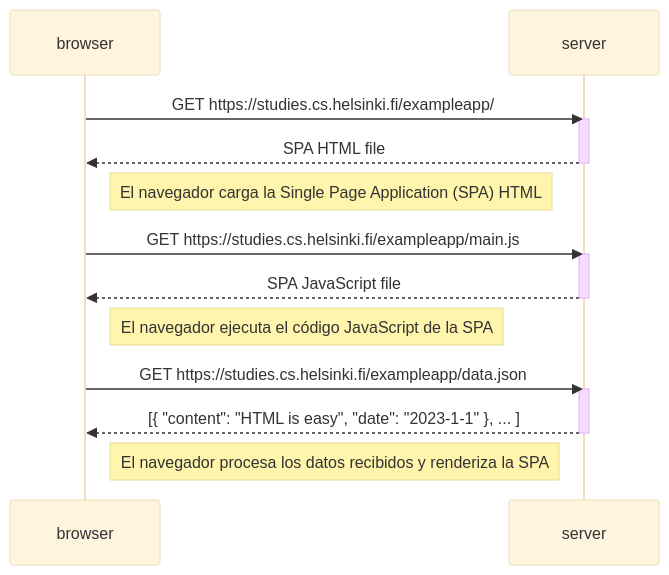
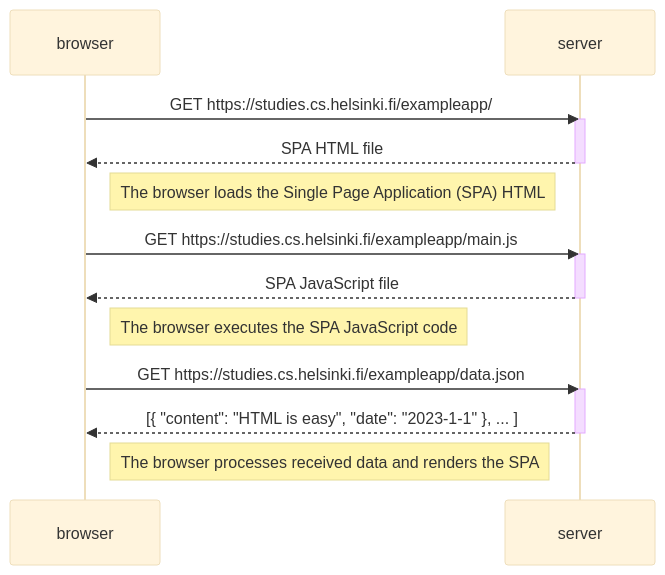
The diagram in part0/0.5.mermaid (Cristian10DV/fullstackopenCourse), drawn with Mermaid (base theme) before and after one commit. The commit also changed 1 other file, not shown here.

```diff
--- a/part0/0.5.mermaid
+++ b/part0/0.5.mermaid
@@ -1,24 +1,24 @@
 sequenceDiagram
     participant browser
     participant server
 
     browser->>server: GET https://studies.cs.helsinki.fi/exampleapp/
     activate server
     server-->>browser: SPA HTML file
     deactivate server
 
-    Note right of browser: El navegador carga la Single Page Application (SPA) HTML
+    Note right of browser: The browser loads the Single Page Application (SPA) HTML
 
     browser->>server: GET https://studies.cs.helsinki.fi/exampleapp/main.js
     activate server
     server-->>browser: SPA JavaScript file
     deactivate server
 
-    Note right of browser: El navegador ejecuta el código JavaScript de la SPA
+    Note right of browser: The browser executes the SPA JavaScript code
 
     browser->>server: GET https://studies.cs.helsinki.fi/exampleapp/data.json
     activate server
     server-->>browser: [{ "content": "HTML is easy", "date": "2023-1-1" }, ... ]
     deactivate server
 
-    Note right of browser: El navegador procesa los datos recibidos y renderiza la SPA
+    Note right of browser: The browser processes received data and renders the SPA
```
